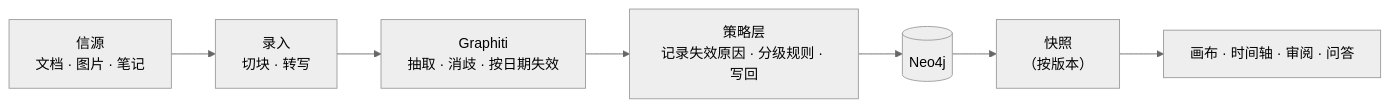
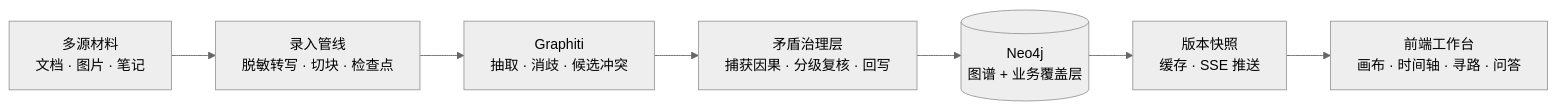
One commit to HWUDHOEF123/InvestigationWorkBench changed the diagram in README.md. Above: the diagram before and after it, drawn with Mermaid (neutral theme). The commit also changed other lines of this file, not shown here.

````diff
--- a/README.md
+++ b/README.md
@@ -61,9 +66,9 @@
 ```mermaid
-graph LR
-    S["信源<br/>文档 · 图片 · 笔记"] --> I["录入<br/>切块 · 转写"]
-    I --> G["Graphiti<br/>抽取 · 消歧 · 按日期失效"]
-    G --> P["策略层<br/>记录失效原因 · 分级规则 · 写回"]
-    P --> N[("Neo4j")]
-    N --> SN["快照<br/>（按版本）"]
-    SN --> UI["画布 · 时间轴 · 审阅 · 问答"]
+flowchart LR
+    S["多源材料<br/>文档 · 图片 · 笔记"] --> I["录入管线<br/>脱敏转写 · 切块 · 检查点"]
+    I --> G["Graphiti<br/>抽取 · 消歧 · 候选冲突"]
+    G --> P["矛盾治理层<br/>捕获因果 · 分级复核 · 回写"]
+    P --> N[("Neo4j<br/>图谱 + 业务覆盖层")]
+    N --> SN["版本快照<br/>缓存 · SSE 推送"]
+    SN --> UI["前端工作台<br/>画布 · 时间轴 · 寻路 · 问答"]
 ```
````
